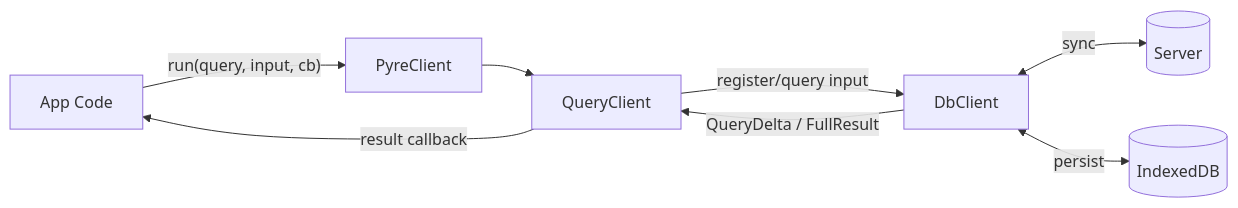
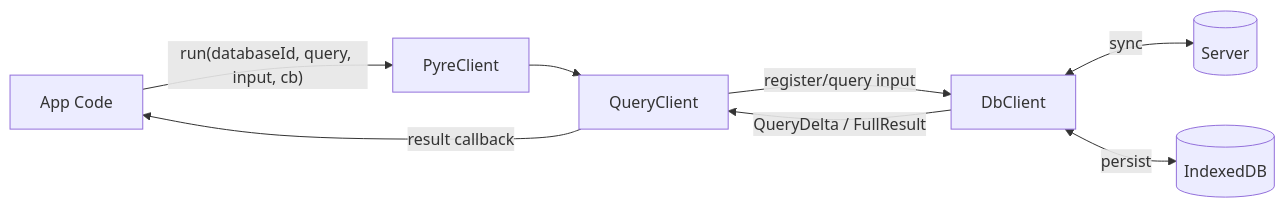
One commit to mdgriffith/pyre-ql changed the diagram in packages/client/docs/QUERY_DELTA_CONTRACT.md. Above: the diagram before and after it, drawn with Mermaid. The commit also changed other lines of this file and 30 other files, not shown here.

````diff
--- a/packages/client/docs/QUERY_DELTA_CONTRACT.md
+++ b/packages/client/docs/QUERY_DELTA_CONTRACT.md
@@ -7,17 +7,17 @@
 ```mermaid
 flowchart LR
     App[App Code]
     PyreClient[PyreClient]
     DbClient[DbClient]
     QueryClient[QueryClient]
     Server[(Server)]
     IndexedDb[(IndexedDB)]
 
-    App -->|"run(query, input, cb)"| PyreClient
+    App -->|"run(databaseId, query, input, cb)"| PyreClient
     PyreClient --> QueryClient
     QueryClient -->|register/query input| DbClient
     DbClient <-->|sync| Server
     DbClient <-->|persist| IndexedDb
     DbClient -->|QueryDelta / FullResult| QueryClient
     QueryClient -->|result callback| App
 ```
````
